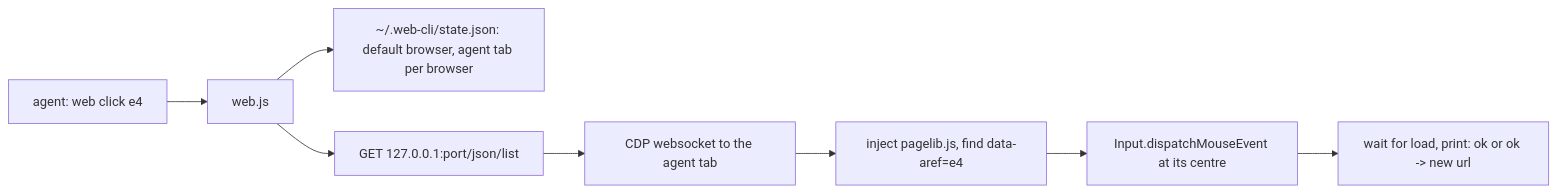
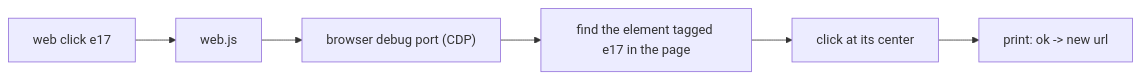
Before and after one commit to Abedishere/playwrote-cli: the diagram in README.md, drawn with Mermaid. The commit also changed other lines of this file and 2 other files, not shown here.

````diff
--- a/README.md
+++ b/README.md
@@ -26,10 +75,8 @@
 ```mermaid
 flowchart LR
-  A[agent: web click e4] --> B[web.js]
-  B --> C[~/.web-cli/state.json: default browser, agent tab per browser]
-  B --> D[GET 127.0.0.1:port/json/list]
-  D --> E[CDP websocket to the agent tab]
-  E --> F[inject pagelib.js, find data-aref=e4]
-  F --> G[Input.dispatchMouseEvent at its centre]
-  G --> H[wait for load, print: ok or ok -> new url]
+  A["web click e17"] --> B[web.js]
+  B --> C["browser debug port (CDP)"]
+  C --> D["find the element tagged e17 in the page"]
+  D --> E[click at its center]
+  E --> F["print: ok -> new url"]
 ```
````
